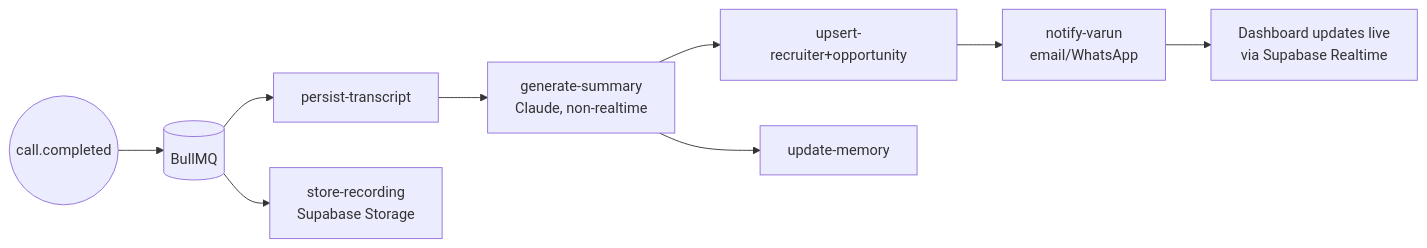
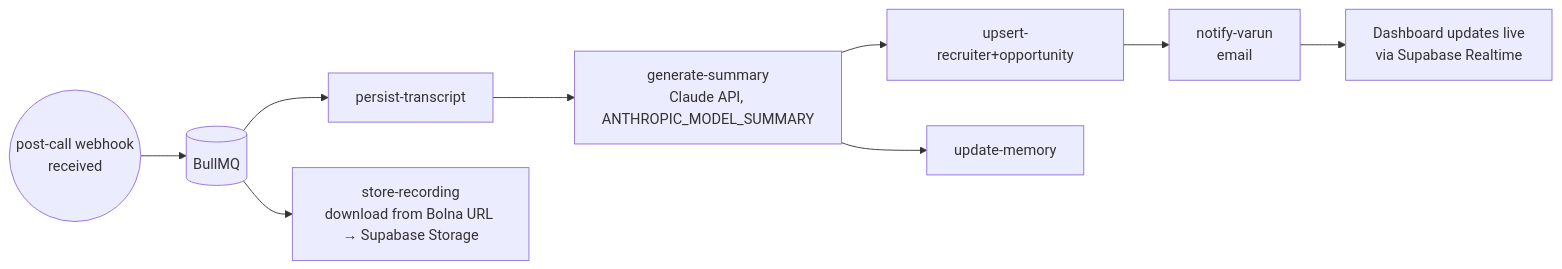
The fifth of 5 diagrams in docs/01_SYSTEM_ARCHITECTURE.md (gandhi120/RecruitPilot_AI), drawn with Mermaid before and after one commit. The commit also changed other lines of this file and 34 other files, not shown here.

````diff
--- a/docs/01_SYSTEM_ARCHITECTURE.md
+++ b/docs/01_SYSTEM_ARCHITECTURE.md
@@ -215,11 +219,11 @@
 ```mermaid
 flowchart LR
-    EVT((call.completed)) --> Q[(BullMQ)]
+    EVT((post-call webhook<br/>received)) --> Q[(BullMQ)]
     Q --> J1[persist-transcript]
-    J1 --> J2[generate-summary<br/>Claude, non-realtime]
+    J1 --> J2[generate-summary<br/>Claude API, ANTHROPIC_MODEL_SUMMARY]
     J2 --> J3[upsert-recruiter+opportunity]
-    J3 --> J4[notify-varun<br/>email/WhatsApp]
+    J3 --> J4[notify-varun<br/>email]
     J2 --> J5[update-memory]
-    Q --> J6[store-recording<br/>Supabase Storage]
+    Q --> J6[store-recording<br/>download from Bolna URL → Supabase Storage]
     J4 --> DASH[Dashboard updates live<br/>via Supabase Realtime]
 ```
````
